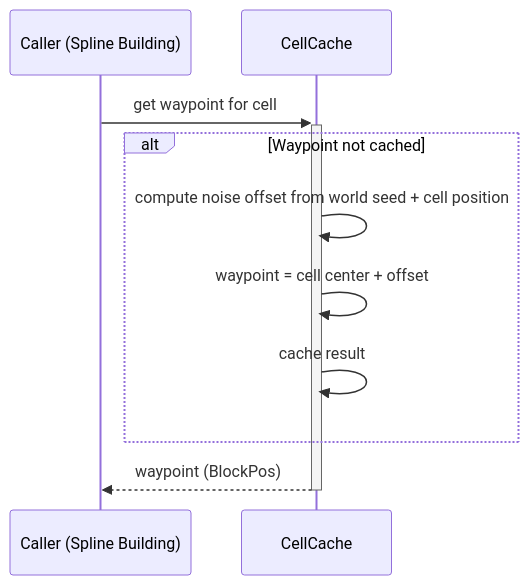
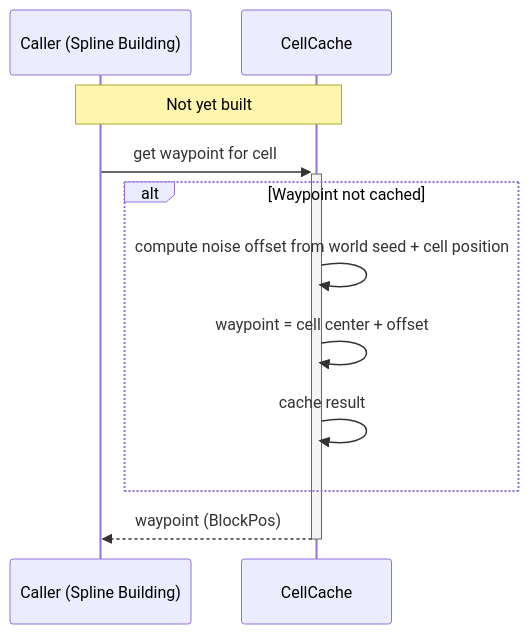
Before and after one commit to SoSly/RiverTale: the fifth of 22 diagrams in docs/features/rivers/Rough Diagrams.md, drawn with Mermaid. The commit also changed other lines of this file and 33 other files, not shown here.

Commit message:
docs: replace stale feature docs with an accurate rough diagrams map

````diff
--- a/docs/features/rivers/Rough Diagrams.md
+++ b/docs/features/rivers/Rough Diagrams.md
@@ -105,15 +183,17 @@
 ```mermaid
 sequenceDiagram
     participant Caller as Caller (Spline Building)
     participant CellCache
+
+    Note over Caller,CellCache: Not yet built
 
     Caller ->>+ CellCache: get waypoint for cell
 
     alt Waypoint not cached
         CellCache ->> CellCache: compute noise offset from world seed + cell position
         CellCache ->> CellCache: waypoint = cell center + offset
         CellCache ->> CellCache: cache result
     end
 
     CellCache -->>- Caller: waypoint (BlockPos)
 ```
````
